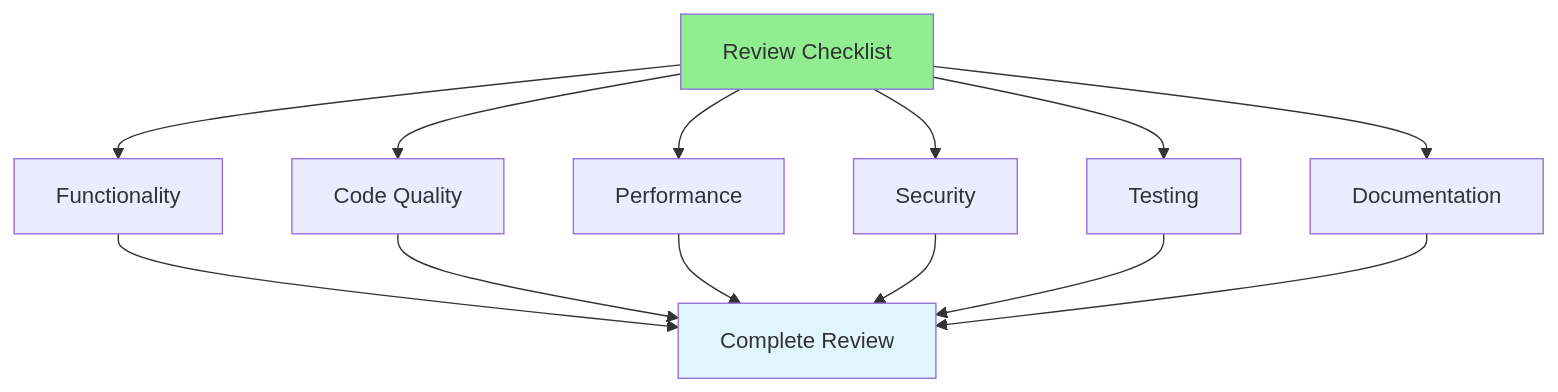
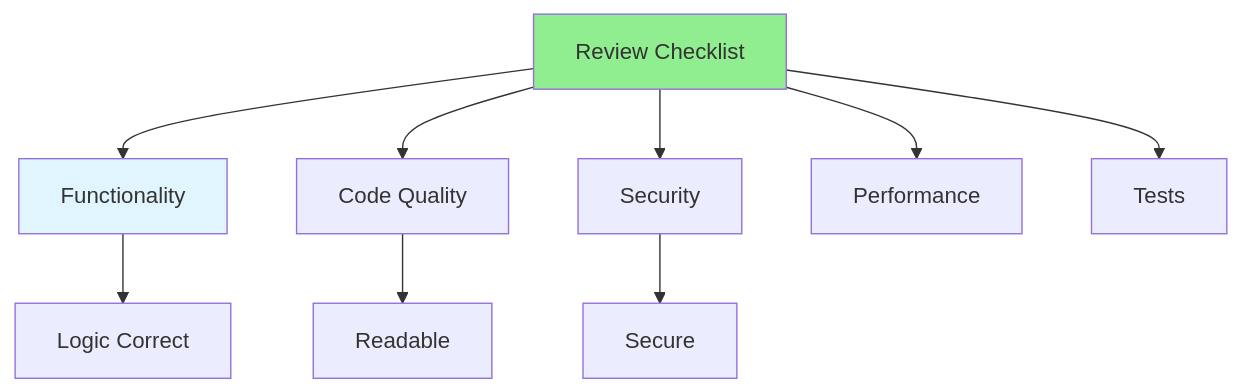
Before and after one commit to iouthnamain/tech-note: the diagram in Full-Stack-Guides/Group-08-Code-Review/08.02_Code_Review_Checklist.md, drawn with Mermaid. The commit also changed other lines of this file and 480 other files, not shown here.

````diff
--- a/Full-Stack-Guides/Group-08-Code-Review/08.02_Code_Review_Checklist.md
+++ b/Full-Stack-Guides/Group-08-Code-Review/08.02_Code_Review_Checklist.md
@@ -22,19 +22,15 @@
 ```mermaid
 graph TD
     Checklist[Review Checklist] --> Functionality[Functionality]
     Checklist --> Quality[Code Quality]
+    Checklist --> Security[Security]
     Checklist --> Performance[Performance]
-    Checklist --> Security[Security]
-    Checklist --> Testing[Testing]
-    Checklist --> Documentation[Documentation]
+    Checklist --> Tests[Tests]
     
-    Functionality --> Complete[Complete Review]
-    Quality --> Complete
-    Performance --> Complete
-    Security --> Complete
-    Testing --> Complete
-    Documentation --> Complete
+    Functionality --> Logic[Logic Correct]
+    Quality --> Readable[Readable]
+    Security --> Secure[Secure]
     
     style Checklist fill:#90EE90
-    style Complete fill:#e1f5ff
+    style Functionality fill:#e1f5ff
 ```
````
